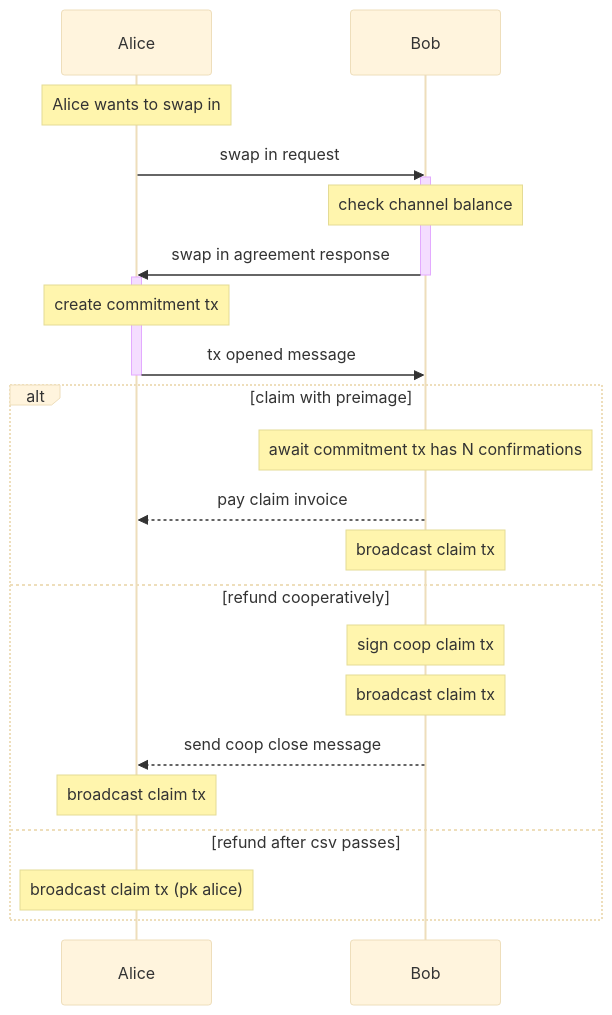
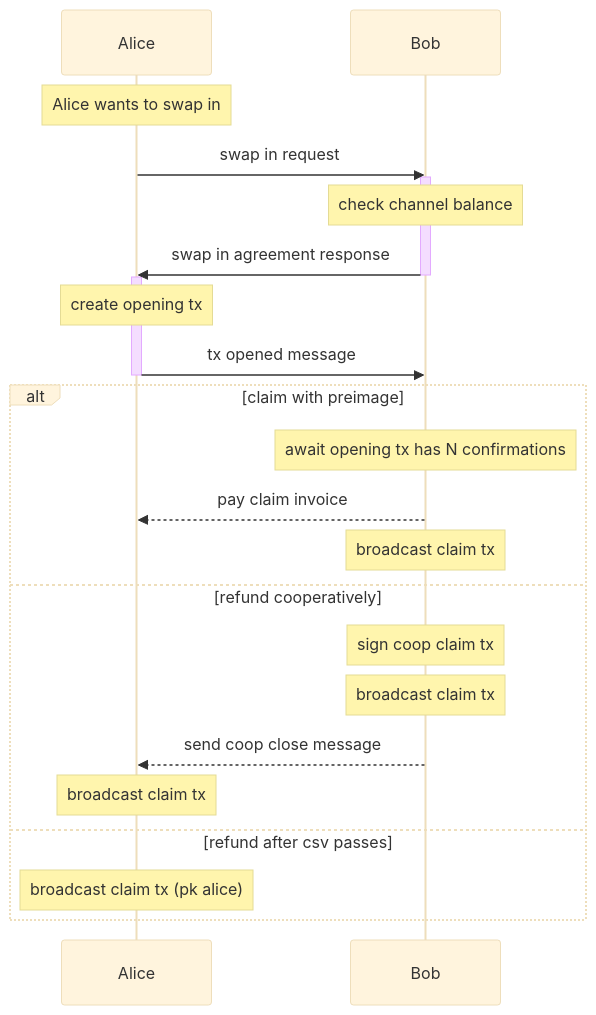
The diagram in docs/mmd/swap-in-sequence.md (ElementsProject/peerswap), drawn with Mermaid (base theme) before and after one commit. The commit also changed 11 other files, not shown here.

````diff
--- a/docs/mmd/swap-in-sequence.md
+++ b/docs/mmd/swap-in-sequence.md
@@ -1,29 +1,29 @@
 ```mermaid
 sequenceDiagram
 participant A as Alice
 participant B as Bob
 
 Note over A: Alice wants to swap in
 
 A->>B: swap in request
 activate B
 Note over B: check channel balance
 B->>A: swap in agreement response
 deactivate B
 activate A
-Note over A: create commitment tx
+Note over A: create opening tx
 A->>B: tx opened message
 deactivate A
 alt claim with preimage
-Note over B: await commitment tx has N confirmations
+Note over B: await opening tx has N confirmations
 B-->>A: pay claim invoice
 Note over B: broadcast claim tx
 else refund cooperatively
 Note over B: sign coop claim tx
 Note over B: broadcast claim tx
 B-->>A: send coop close message
 Note over A: broadcast claim tx
 else refund after csv passes
 Note over A: broadcast claim tx (pk alice)
 end
 ```
````
